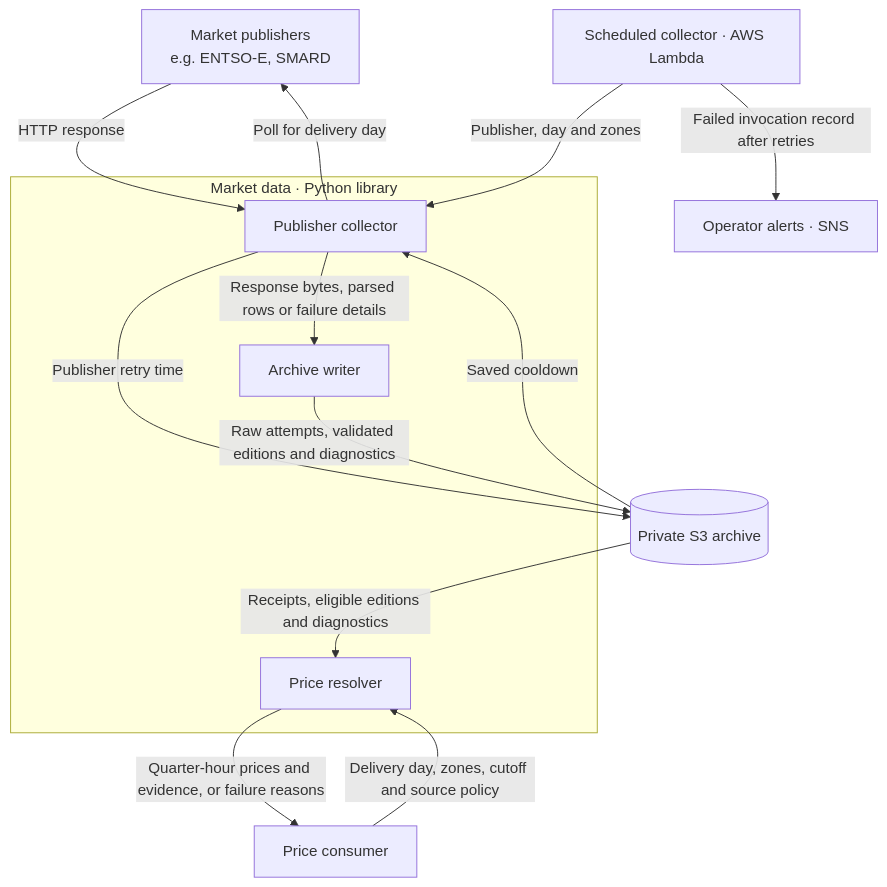
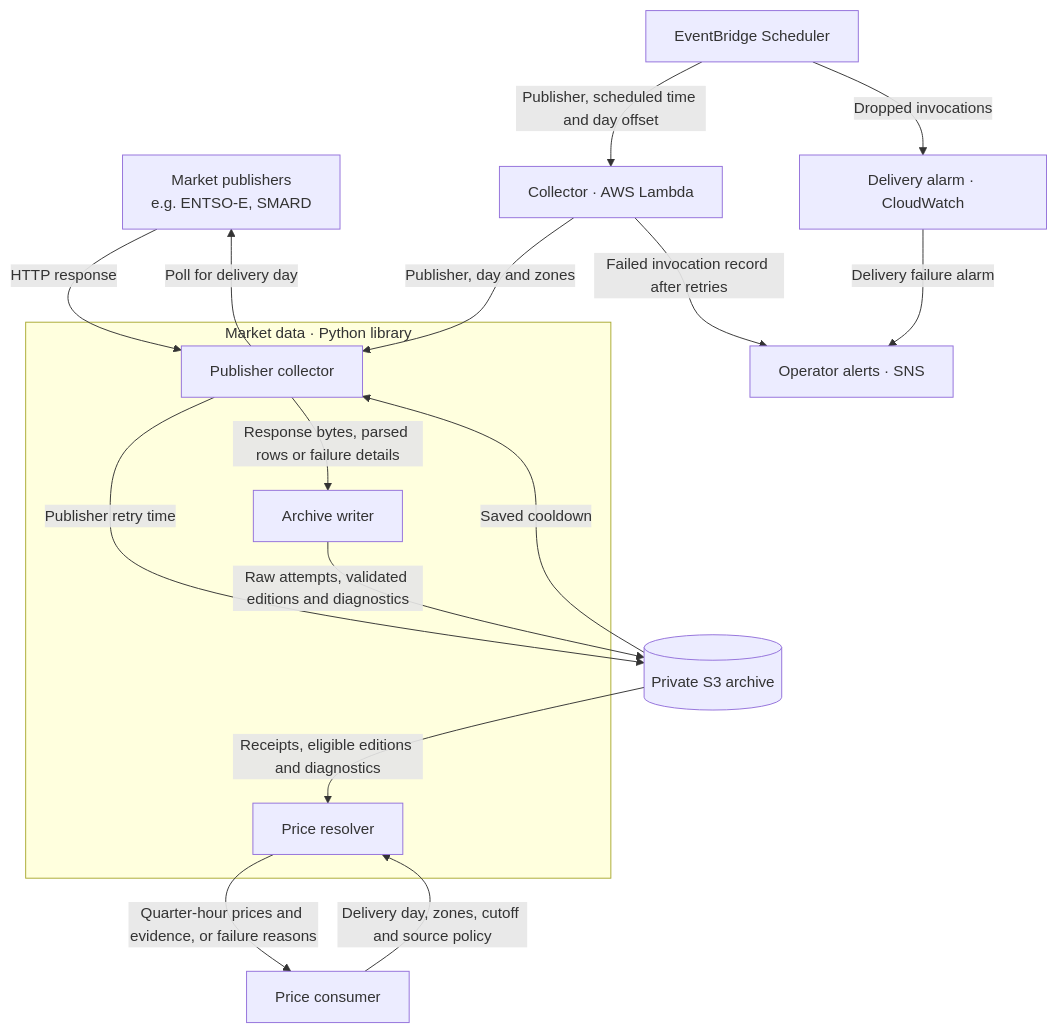
Before and after one commit to zoltanmaric/coppersushi: the diagram in coppersushi/pipelines/market_data/README.md, drawn with Mermaid. The commit also changed 3 other files, not shown here.

Commit message:
Show scheduled publisher collection and scope local evaluation to frozen snapshots

````diff
--- a/coppersushi/pipelines/market_data/README.md
+++ b/coppersushi/pipelines/market_data/README.md
@@ -9,22 +9,25 @@
 ```mermaid
 flowchart TB
     Publishers["Market publishers<br/>e.g. ENTSO-E, SMARD"]
-    Runtime["Scheduled collector · AWS Lambda"] -->|Publisher, day and zones| Caller
-    Runtime -->|Failed invocation record after retries| Alerts["Operator alerts · SNS"]
+    Scheduler["EventBridge Scheduler"] -->|Publisher, scheduled time and day offset| Runtime["Collector · AWS Lambda"]
+    Runtime -->|Publisher, day and zones| Caller
+    Scheduler -->|Dropped invocations| Alarm["Delivery alarm · CloudWatch"]
+    Alarm -->|Delivery failure alarm| Alerts["Operator alerts · SNS"]
+    Runtime -->|Failed invocation record after retries| Alerts
     Consumer["Price consumer"]
     subgraph Market["Market data · Python library"]
         Caller["Publisher collector"]
         Writer["Archive writer"]
         Resolver["Price resolver"]
     end
     Archive[("Private S3 archive")]
     Caller -->|Poll for delivery day| Publishers
     Publishers -->|HTTP response| Caller
     Caller -->|Publisher retry time| Archive
     Archive -->|Saved cooldown| Caller
     Caller -->|Response bytes, parsed rows or failure details| Writer
     Writer -->|Raw attempts, validated editions and diagnostics| Archive
     Consumer -->|Delivery day, zones, cutoff and source policy| Resolver
     Archive -->|Receipts, eligible editions and diagnostics| Resolver
     Resolver -->|Quarter-hour prices and evidence, or failure reasons| Consumer
 ```
````
